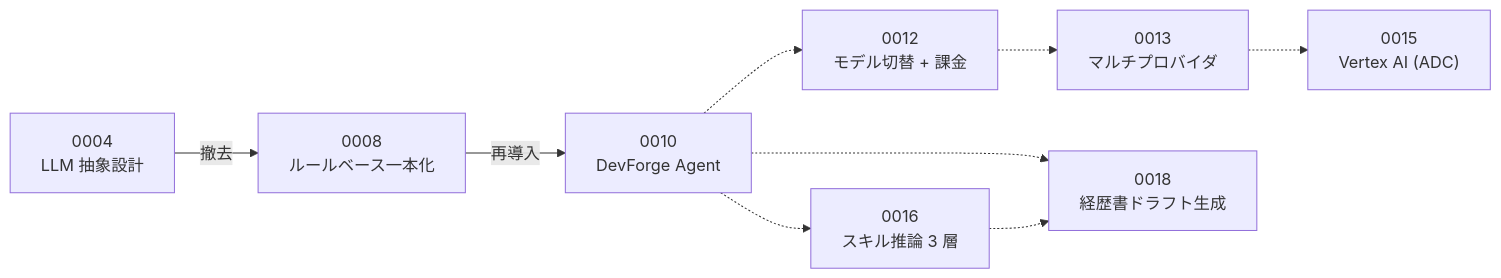
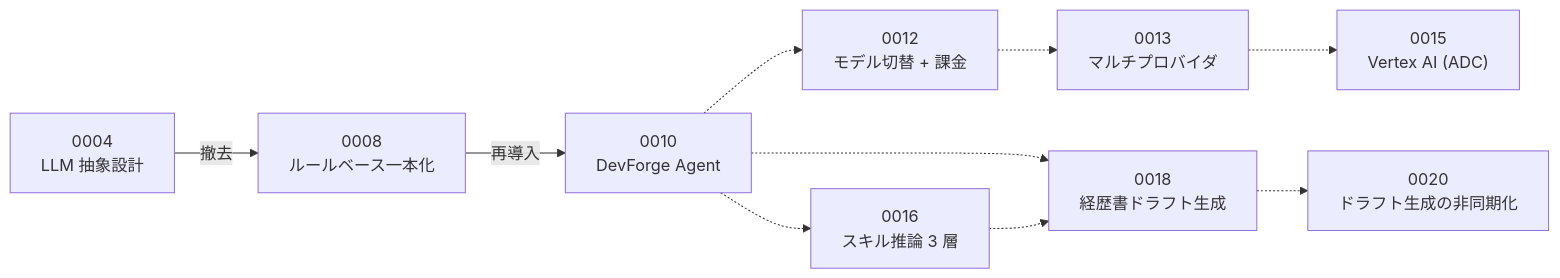
One commit to yusuke0610/devforge changed the first of 4 diagrams in docs/adr/README.md. Above: the diagram before and after it, drawn with Mermaid. The commit also changed other lines of this file and 21 other files, not shown here.

````diff
--- a/docs/adr/README.md
+++ b/docs/adr/README.md
@@ -61,11 +63,12 @@
 ```mermaid
 graph LR
     A0004["0004<br/>LLM 抽象設計"] -->|"撤去"| A0008["0008<br/>ルールベース一本化"]
     A0008 -->|"再導入"| A0010["0010<br/>DevForge Agent"]
     A0010 -.-> A0012["0012<br/>モデル切替 + 課金"]
     A0012 -.-> A0013["0013<br/>マルチプロバイダ"]
     A0013 -.-> A0015["0015<br/>Vertex AI (ADC)"]
     A0010 -.-> A0016["0016<br/>スキル推論 3 層"]
     A0010 -.-> A0018["0018<br/>経歴書ドラフト生成"]
     A0016 -.-> A0018
+    A0018 -.-> A0020["0020<br/>ドラフト生成の非同期化"]
 ```
````
